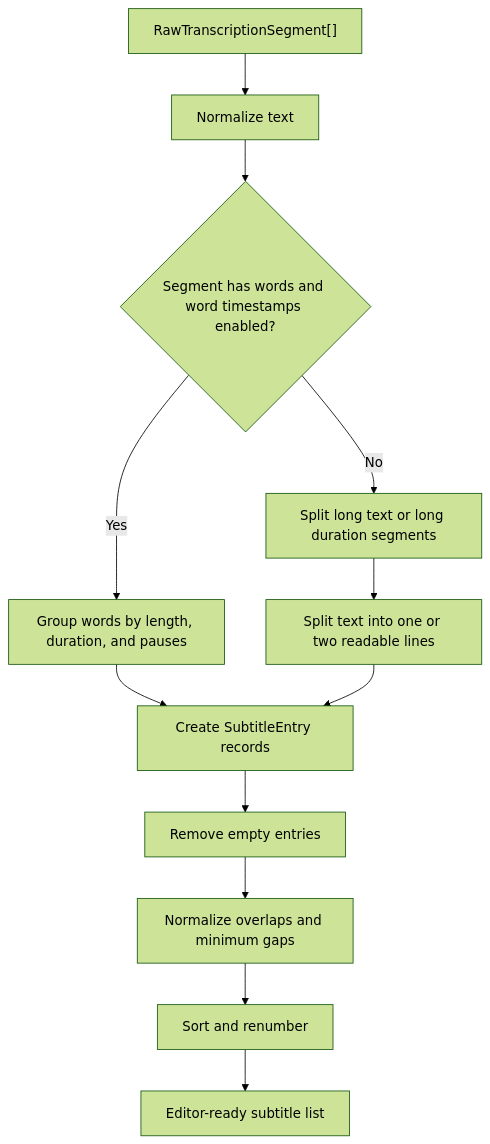
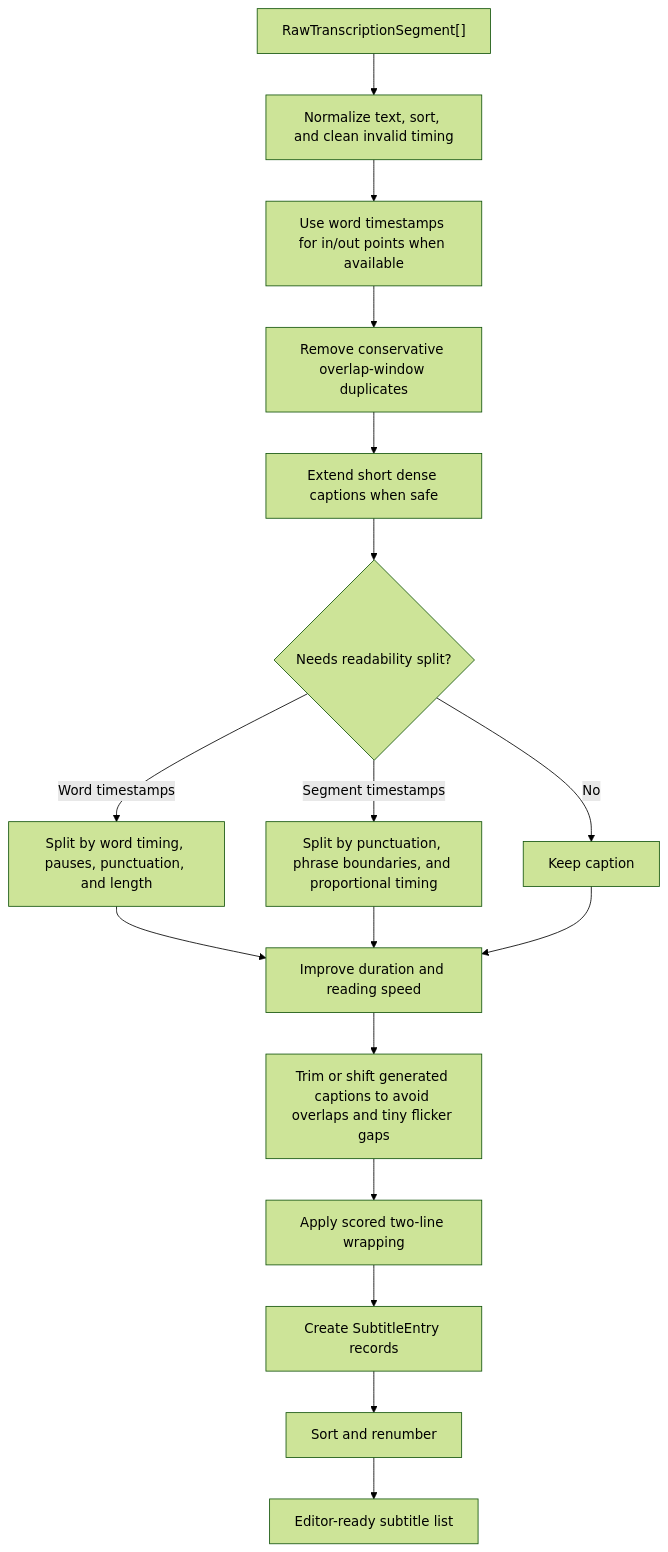
Before and after one commit to zxyandreay/auto-subtitle: the eighth of 16 diagrams in docs/project-state.md, drawn with Mermaid (forest theme). The commit also changed other lines of this file and 3 other files, not shown here.

First line of the commit message:
feat(subtitles): optimize generated captions

````diff
--- a/docs/project-state.md
+++ b/docs/project-state.md
@@ -605,14 +605,19 @@
 ```mermaid
 flowchart TD
-    Raw["RawTranscriptionSegment[]"] --> Clean["Normalize text"]
-    Clean --> WordMode{"Segment has words and word timestamps enabled?"}
-    WordMode -->|Yes| GroupWords["Group words by length, duration, and pauses"]
-    WordMode -->|No| SplitLong["Split long text or long duration segments"]
-    GroupWords --> MakeEntries["Create SubtitleEntry records"]
-    SplitLong --> Lines["Split text into one or two readable lines"]
-    Lines --> MakeEntries
-    MakeEntries --> RemoveEmpty["Remove empty entries"]
-    RemoveEmpty --> NormalizeOverlap["Normalize overlaps and minimum gaps"]
-    NormalizeOverlap --> Sort["Sort and renumber"]
+    Raw["RawTranscriptionSegment[]"] --> Normalize["Normalize text, sort, and clean invalid timing"]
+    Normalize --> WordTiming["Use word timestamps for in/out points when available"]
+    WordTiming --> Dedupe["Remove conservative overlap-window duplicates"]
+    Dedupe --> Extend["Extend short dense captions when safe"]
+    Extend --> Split{"Needs readability split?"}
+    Split -->|Word timestamps| WordSplit["Split by word timing, pauses, punctuation, and length"]
+    Split -->|Segment timestamps| SegmentSplit["Split by punctuation, phrase boundaries, and proportional timing"]
+    Split -->|No| Keep["Keep caption"]
+    WordSplit --> ReadingSpeed["Improve duration and reading speed"]
+    SegmentSplit --> ReadingSpeed
+    Keep --> ReadingSpeed
+    ReadingSpeed --> Overlap["Trim or shift generated captions to avoid overlaps and tiny flicker gaps"]
+    Overlap --> Lines["Apply scored two-line wrapping"]
+    Lines --> MakeEntries["Create SubtitleEntry records"]
+    MakeEntries --> Sort["Sort and renumber"]
     Sort --> Editor["Editor-ready subtitle list"]
 ```
````
